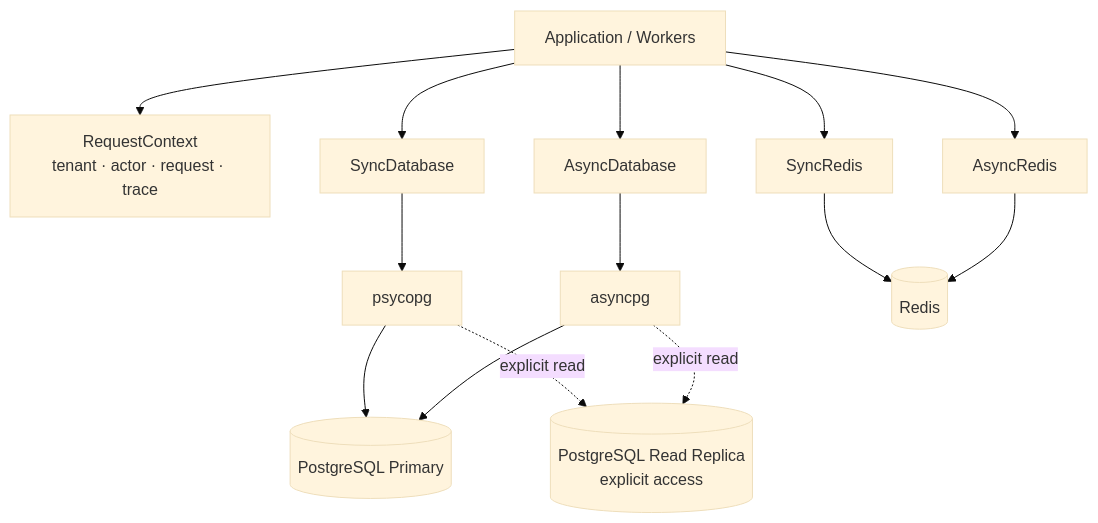
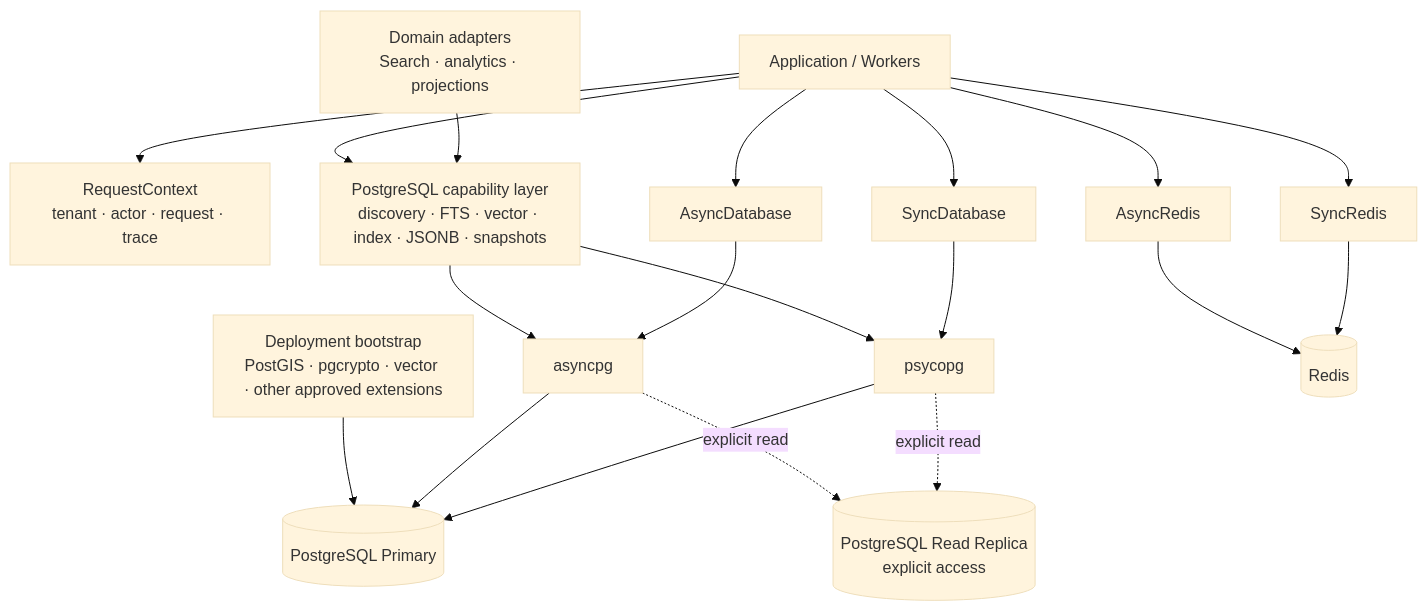
The first of 3 diagrams in docs/architecture.md (ProdKit-dev/prodkit-storage), drawn with Mermaid (base theme) before and after one commit. The commit also changed other lines of this file and 7 other files, not shown here.

````diff
--- a/docs/architecture.md
+++ b/docs/architecture.md
@@ -15,39 +17,44 @@
 ```mermaid
 flowchart TB
     APP["Application / Workers"]
-
+    DOMAIN["Domain adapters<br/>Search · analytics · projections"]
     CTX["RequestContext<br/>tenant · actor · request · trace"]
 
     SYNC_DB["SyncDatabase"]
     ASYNC_DB["AsyncDatabase"]
+    CAP["PostgreSQL capability layer<br/>discovery · FTS · vector · index · JSONB · snapshots"]
 
     PSYCOPG["psycopg"]
     ASYNCPG["asyncpg"]
 
     PRIMARY[("PostgreSQL Primary")]
     REPLICA[("PostgreSQL Read Replica<br/>explicit access")]
+    EXT["Deployment bootstrap<br/>PostGIS · pgcrypto · vector · other approved extensions"]
 
     SYNC_REDIS["SyncRedis"]
     ASYNC_REDIS["AsyncRedis"]
     REDIS[("Redis")]
 
     APP --> CTX
-
     APP --> SYNC_DB
     APP --> ASYNC_DB
+    DOMAIN --> CAP
+    APP --> CAP
 
     SYNC_DB --> PSYCOPG
     ASYNC_DB --> ASYNCPG
+    CAP --> PSYCOPG
+    CAP --> ASYNCPG
 
     PSYCOPG --> PRIMARY
     ASYNCPG --> PRIMARY
-
     PSYCOPG -. explicit read .-> REPLICA
     ASYNCPG -. explicit read .-> REPLICA
 
+    EXT --> PRIMARY
+
     APP --> SYNC_REDIS
     APP --> ASYNC_REDIS
-
     SYNC_REDIS --> REDIS
     ASYNC_REDIS --> REDIS
 ```
````
